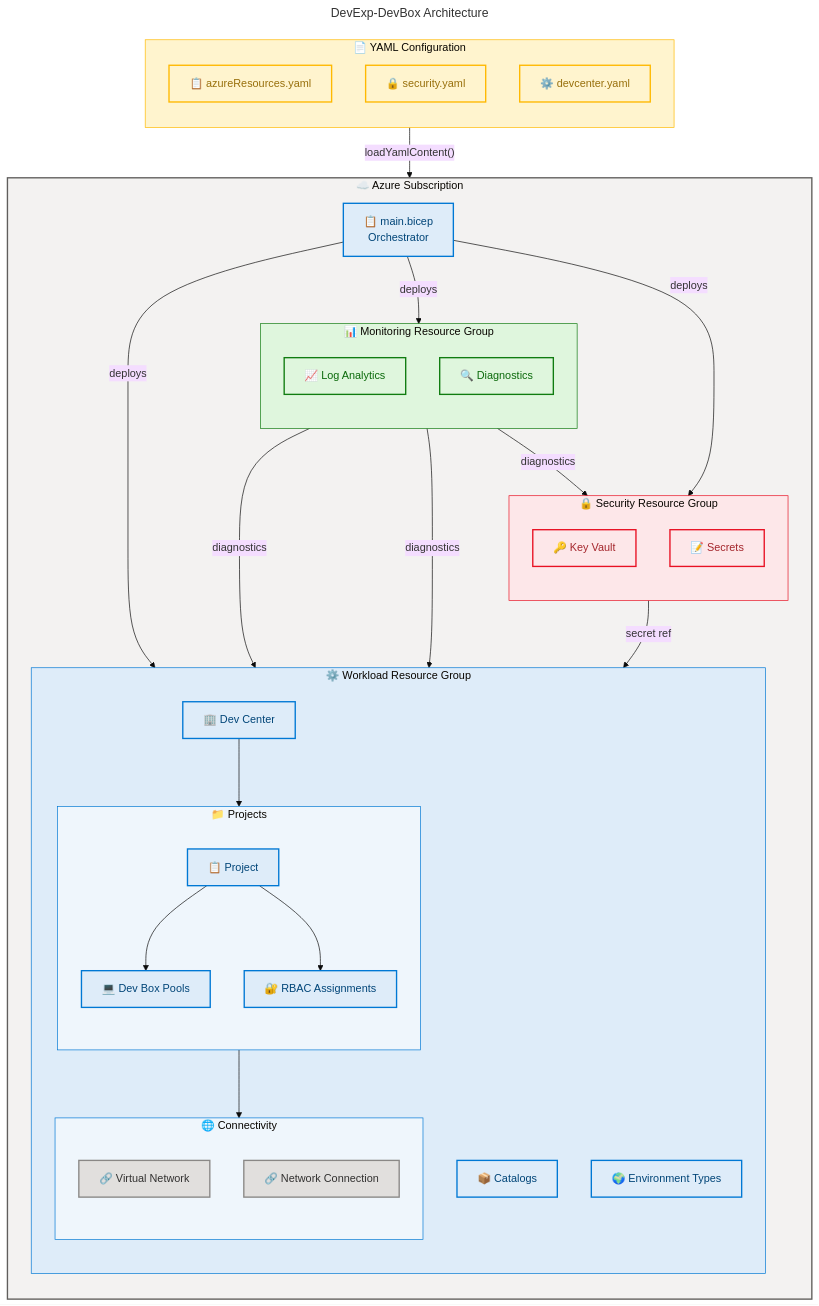
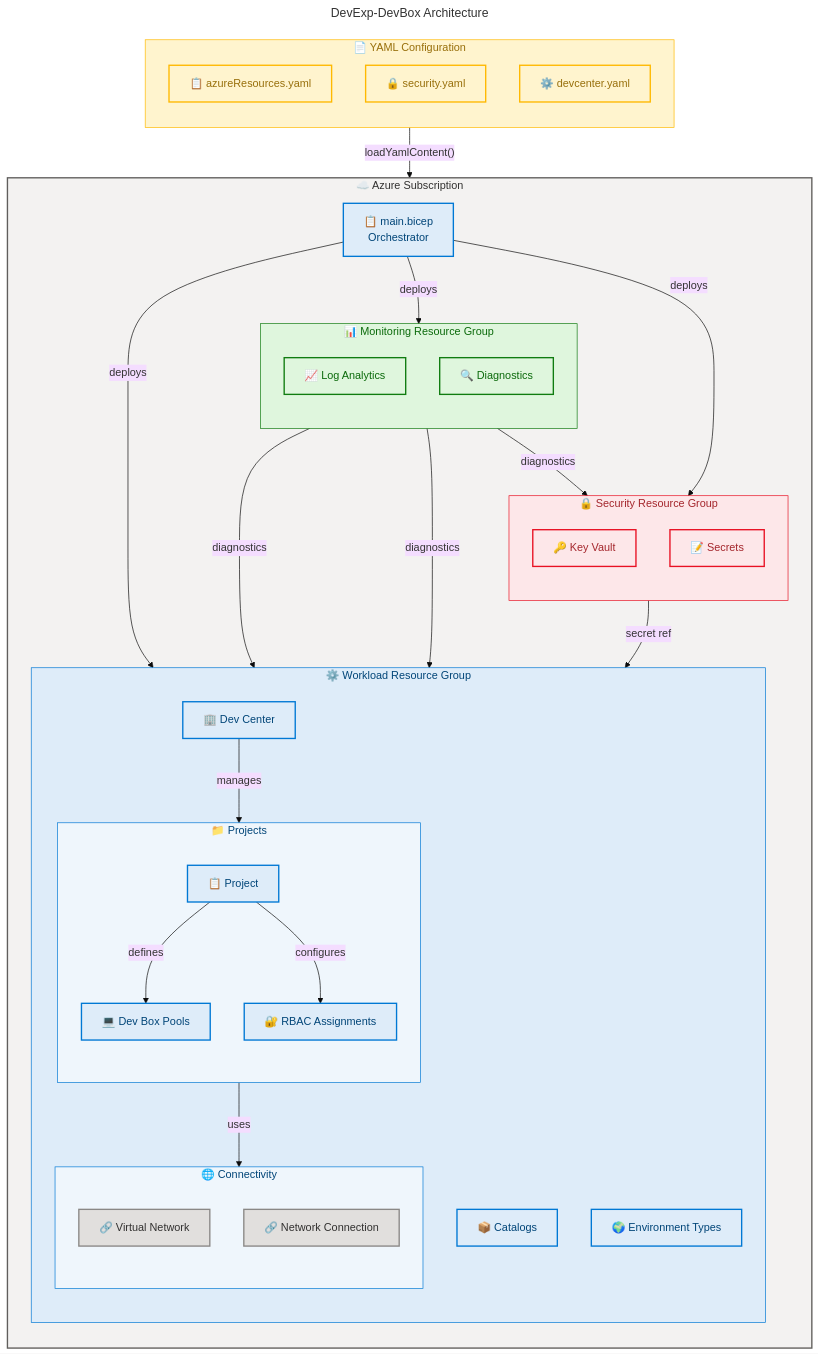
The diagram in README.md (Evilazaro/DevExp-DevBox), drawn with Mermaid before and after one commit.

Commit message:
style: enhance diagram labels and color consistency in README.md

```diff
--- a/README.md
+++ b/README.md
@@ -120,10 +120,10 @@
         la -->|"diagnostics"| dc
         la -->|"diagnostics"| kv
         la -->|"diagnostics"| vnet
-        dc --> proj
-        proj --> pools
-        proj --> identity
-        proj --> connectivity
+        dc -->|"manages"| proj
+        proj -->|"defines"| pools
+        proj -->|"configures"| identity
+        proj -->|"uses"| connectivity
     end
 
     subgraph config["📄 YAML Configuration"]
@@ -135,13 +135,13 @@
 
     config -->|"loadYamlContent()"| orchestrator
 
-    style subscription fill:#F3F2F1,stroke:#605E5C,stroke-width:2px
-    style securityRG fill:#FDE7E9,stroke:#E81123,stroke-width:1px
-    style monitoringRG fill:#DFF6DD,stroke:#107C10,stroke-width:1px
-    style workloadRG fill:#DEECF9,stroke:#0078D4,stroke-width:1px
-    style projects fill:#EFF6FC,stroke:#0078D4,stroke-width:1px
-    style connectivity fill:#EFF6FC,stroke:#0078D4,stroke-width:1px
-    style config fill:#FFF4CE,stroke:#FFB900,stroke-width:1px
+    style subscription fill:#F3F2F1,stroke:#605E5C,stroke-width:2px,color:#323130
+    style securityRG fill:#FDE7E9,stroke:#E81123,stroke-width:1px,color:#A4262C
+    style monitoringRG fill:#DFF6DD,stroke:#107C10,stroke-width:1px,color:#0B6A0B
+    style workloadRG fill:#DEECF9,stroke:#0078D4,stroke-width:1px,color:#004578
+    style projects fill:#EFF6FC,stroke:#0078D4,stroke-width:1px,color:#004578
+    style connectivity fill:#EFF6FC,stroke:#0078D4,stroke-width:1px,color:#004578
+    style config fill:#FFF4CE,stroke:#FFB900,stroke-width:1px,color:#986F0B
 
     classDef core fill:#DEECF9,stroke:#0078D4,stroke-width:2px,color:#004578
     classDef security fill:#FDE7E9,stroke:#E81123,stroke-width:2px,color:#A4262C
```
